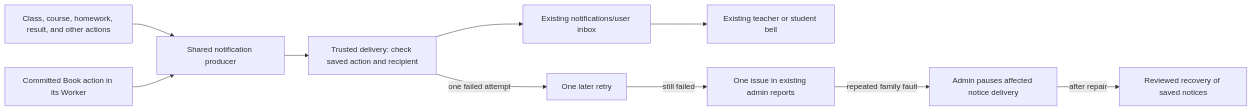
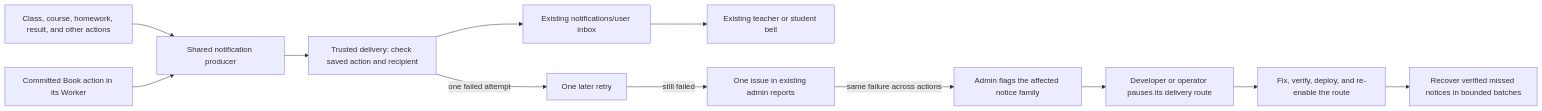
One commit to iamhuwng/autoresync changed the diagram in documentation/tasks/notification-system-recovery-plan.md. Above: the diagram before and after it, drawn with Mermaid. The commit also changed other lines of this file, not shown here.

Commit message:
docs: clarify notification failure roles and limits

````diff
--- a/documentation/tasks/notification-system-recovery-plan.md
+++ b/documentation/tasks/notification-system-recovery-plan.md
@@ -104,12 +104,14 @@
 ```mermaid
 flowchart LR
   A[Class, course, homework, result, and other actions] --> P[Shared notification producer]
   B[Committed Book action in its Worker] --> P
   P --> D[Trusted delivery: check saved action and recipient]
   D --> I[Existing notifications/user inbox]
   I --> U[Existing teacher or student bell]
   D -->|one failed attempt| R[One later retry]
   R -->|still failed| M[One issue in existing admin reports]
-  M -->|repeated family fault| G[Admin pauses affected notice delivery]
-  G -->|after repair| H[Reviewed recovery of saved notices]
+  M -->|same failure across actions| G[Admin flags the affected notice family]
+  G --> O[Developer or operator pauses its delivery route]
+  O --> F[Fix, verify, deploy, and re-enable the route]
+  F --> H[Recover verified missed notices in bounded batches]
 ```
````
